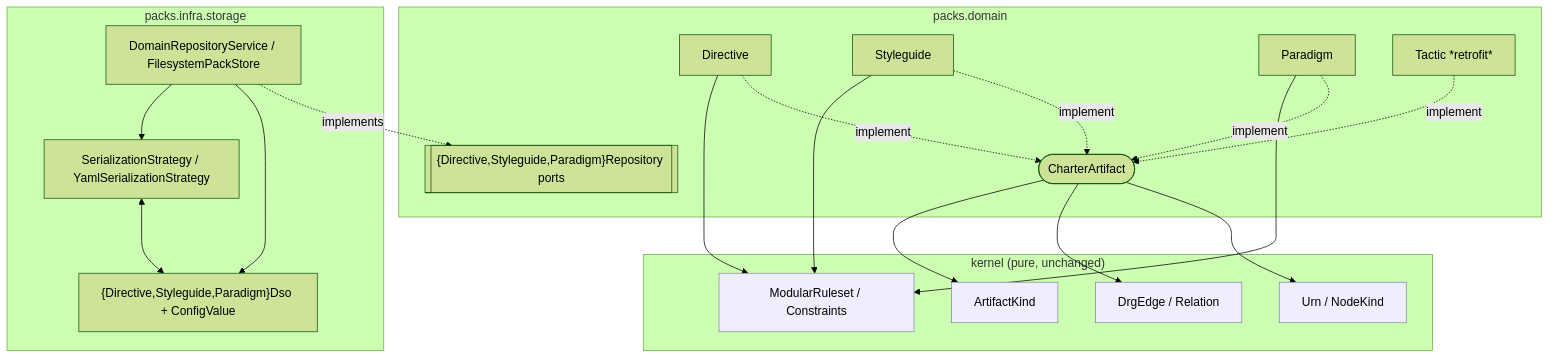
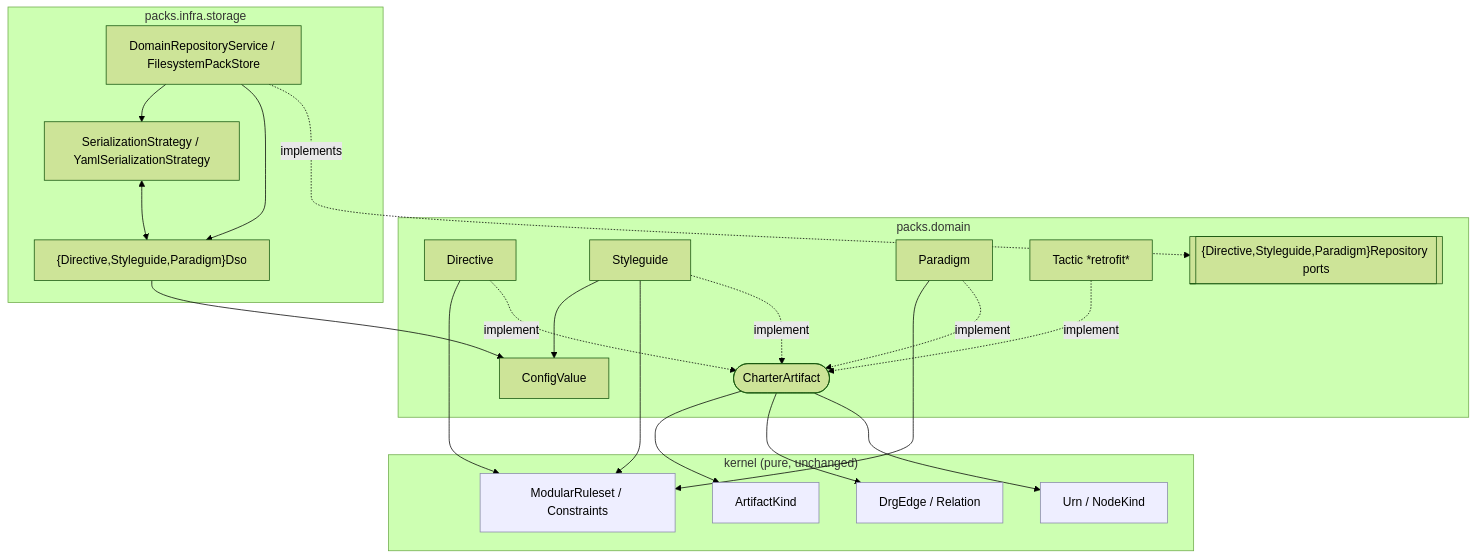
Before and after one commit to spec-kitty/spec-kitty-charter: the diagram in kitty-specs/pack-doctrine-artefacts-01M5JHD0/data-model.md, drawn with Mermaid (forest theme). The commit also changed other lines of this file and 1 other file, not shown here.

Commit message:
docs(mission): sync data-model to shipped ConfigValue placement and edge order
Fold from the pre-PR review squad: data-model.md now shows ConfigValue in
packs.domain (bullet + component view), the DRG table lists paradigm edges
typed-first to match the implementation, and research R1 clarifies that
ConfigValue.Mapping equality is value-based (order-insensitive) while emission
stays insertion-order-stable — so NFR-001 "order-stable" means deterministic
emission, not key-order equality.

Claude-Session: https://claude.ai/code/session_01GDYHwsF93EcPQCJB66quUJ

````diff
--- a/kitty-specs/pack-doctrine-artefacts-01M5JHD0/data-model.md
+++ b/kitty-specs/pack-doctrine-artefacts-01M5JHD0/data-model.md
@@ -157,30 +157,33 @@
 ```mermaid
 flowchart TB
   subgraph kernel["kernel (pure, unchanged)"]
     AK[ArtifactKind]:::k
     URN[Urn / NodeKind]:::k
     EDGE[DrgEdge / Relation]:::k
     MR[ModularRuleset / Constraints]:::k
   end
   subgraph domain["packs.domain"]
     CA([CharterArtifact])
     DIR[Directive]
     STY[Styleguide]
     PAR[Paradigm]
     TAC[Tactic *retrofit*]
+    CV[ConfigValue]
     REPO[["{Directive,Styleguide,Paradigm}Repository ports"]]
   end
   subgraph infra["packs.infra.storage"]
-    DSO["{Directive,Styleguide,Paradigm}Dso + ConfigValue"]
+    DSO["{Directive,Styleguide,Paradigm}Dso"]
     SER[SerializationStrategy / YamlSerializationStrategy]
     ADAPT[DomainRepositoryService / FilesystemPackStore]
   end
   DIR & STY & PAR & TAC -. implement .-> CA
   CA --> URN & EDGE & AK
   DIR & STY & PAR --> MR
+  STY --> CV
+  DSO --> CV
   ADAPT -. implements .-> REPO
   ADAPT --> DSO
   SER <--> DSO
   ADAPT --> SER
   classDef k fill:#eef,stroke:#88a;
 ```
````
